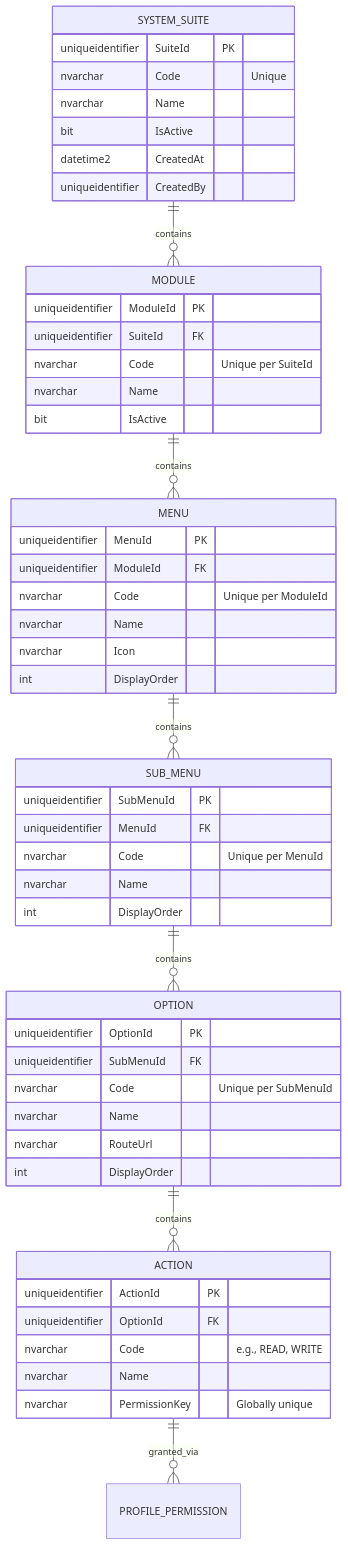
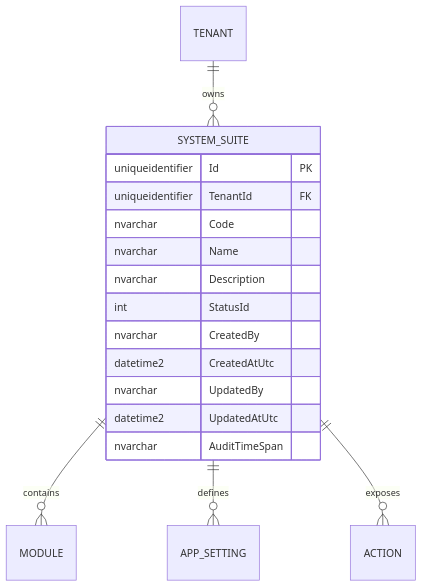
Before and after one commit to beyondnetcode/ums: the third of 3 diagrams in docs/domain/authorization/system-suite.md, drawn with Mermaid. The commit also changed other lines of this file and 19 other files, not shown here.

````diff
--- a/docs/domain/authorization/system-suite.md
+++ b/docs/domain/authorization/system-suite.md
@@ -210,55 +154,21 @@
 ```mermaid
 erDiagram
+    TENANT ||--o{ SYSTEM_SUITE : "owns"
     SYSTEM_SUITE ||--o{ MODULE : "contains"
-    MODULE ||--o{ MENU : "contains"
-    MENU ||--o{ SUB_MENU : "contains"
-    SUB_MENU ||--o{ OPTION : "contains"
-    OPTION ||--o{ ACTION : "contains"
-    ACTION ||--o{ PROFILE_PERMISSION : "granted_via"
+    SYSTEM_SUITE ||--o{ APP_SETTING : "defines"
+    SYSTEM_SUITE ||--o{ ACTION : "exposes"
 
     SYSTEM_SUITE {
-        uniqueidentifier SuiteId PK
-        nvarchar Code "Unique"
+        uniqueidentifier Id PK
+        uniqueidentifier TenantId FK
+        nvarchar Code
         nvarchar Name
-        bit IsActive
-        datetime2 CreatedAt
-        uniqueidentifier CreatedBy
-    }
-    MODULE {
-        uniqueidentifier ModuleId PK
-        uniqueidentifier SuiteId FK
-        nvarchar Code "Unique per SuiteId"
-        nvarchar Name
-        bit IsActive
-    }
-    MENU {
-        uniqueidentifier MenuId PK
-        uniqueidentifier ModuleId FK
-        nvarchar Code "Unique per ModuleId"
-        nvarchar Name
-        nvarchar Icon
-        int DisplayOrder
-    }
-    SUB_MENU {
-        uniqueidentifier SubMenuId PK
-        uniqueidentifier MenuId FK
-        nvarchar Code "Unique per MenuId"
-        nvarchar Name
-        int DisplayOrder
-    }
-    OPTION {
-        uniqueidentifier OptionId PK
-        uniqueidentifier SubMenuId FK
-        nvarchar Code "Unique per SubMenuId"
-        nvarchar Name
-        nvarchar RouteUrl
-        int DisplayOrder
-    }
-    ACTION {
-        uniqueidentifier ActionId PK
-        uniqueidentifier OptionId FK
-        nvarchar Code "e.g., READ, WRITE"
-        nvarchar Name
-        nvarchar PermissionKey "Globally unique"
+        nvarchar Description
+        int StatusId
+        nvarchar CreatedBy
+        datetime2 CreatedAtUtc
+        nvarchar UpdatedBy
+        datetime2 UpdatedAtUtc
+        nvarchar AuditTimeSpan
     }
 ```
````
